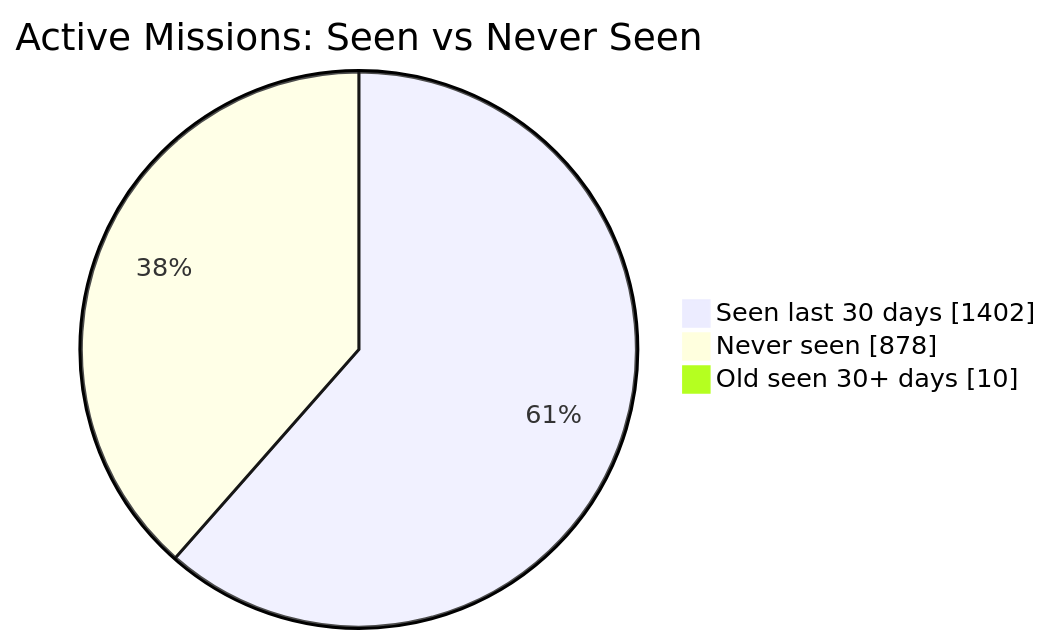
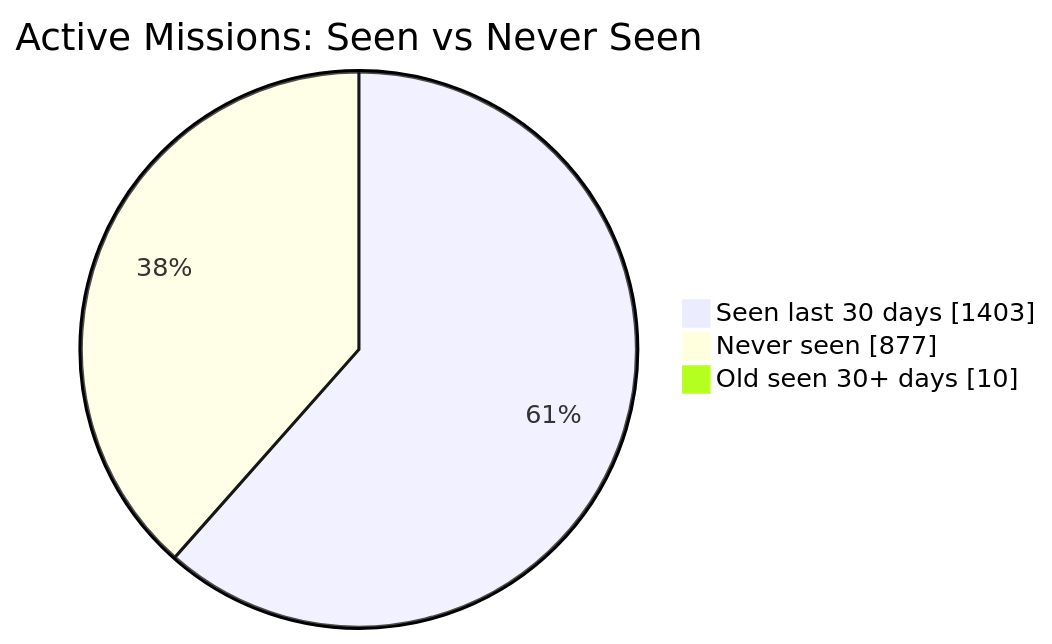
The first of 2 diagrams in README.md (MeldkamerspelGameTeam/active-missions), drawn with Mermaid before and after one commit. The commit also changed other lines of this file and 2 other files, not shown here.

````diff
--- a/README.md
+++ b/README.md
@@ -34,7 +34,7 @@
 ```mermaid
 pie showData
     title Active Missions: Seen vs Never Seen
-    "Seen last 30 days" : 1402
-    "Never seen" : 878
+    "Seen last 30 days" : 1403
+    "Never seen" : 877
     "Old seen 30+ days" : 10
 ```
````
